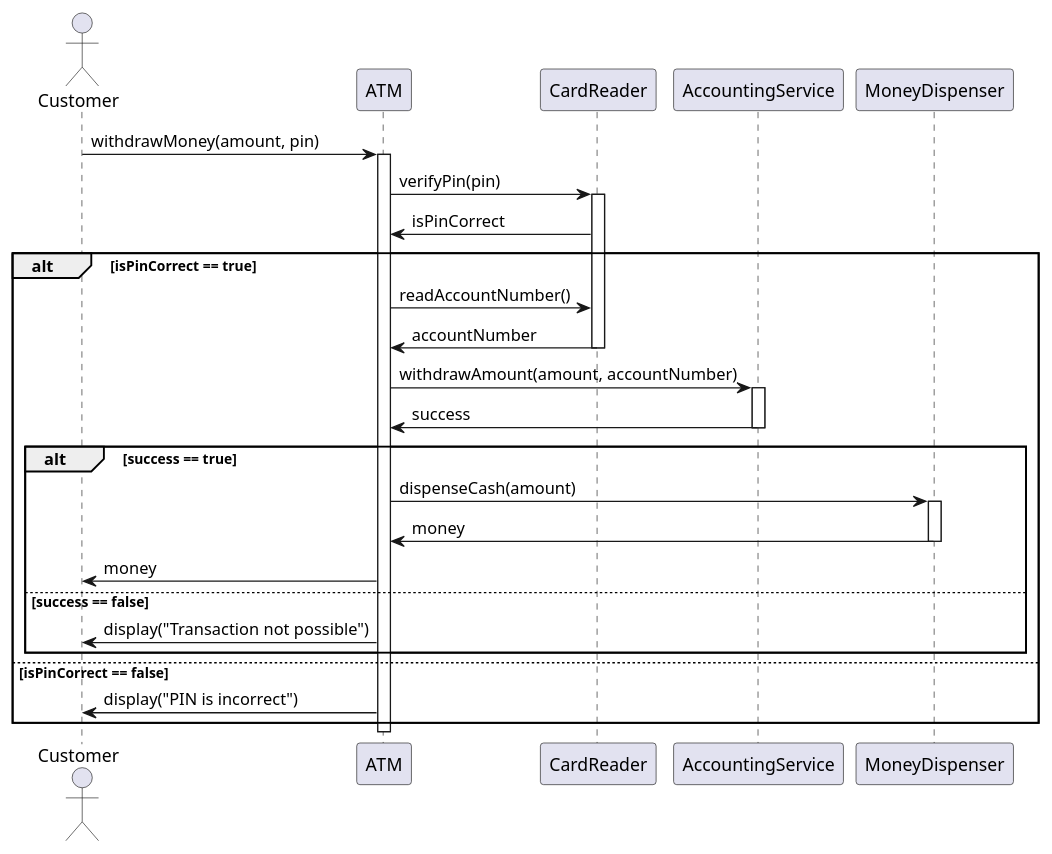
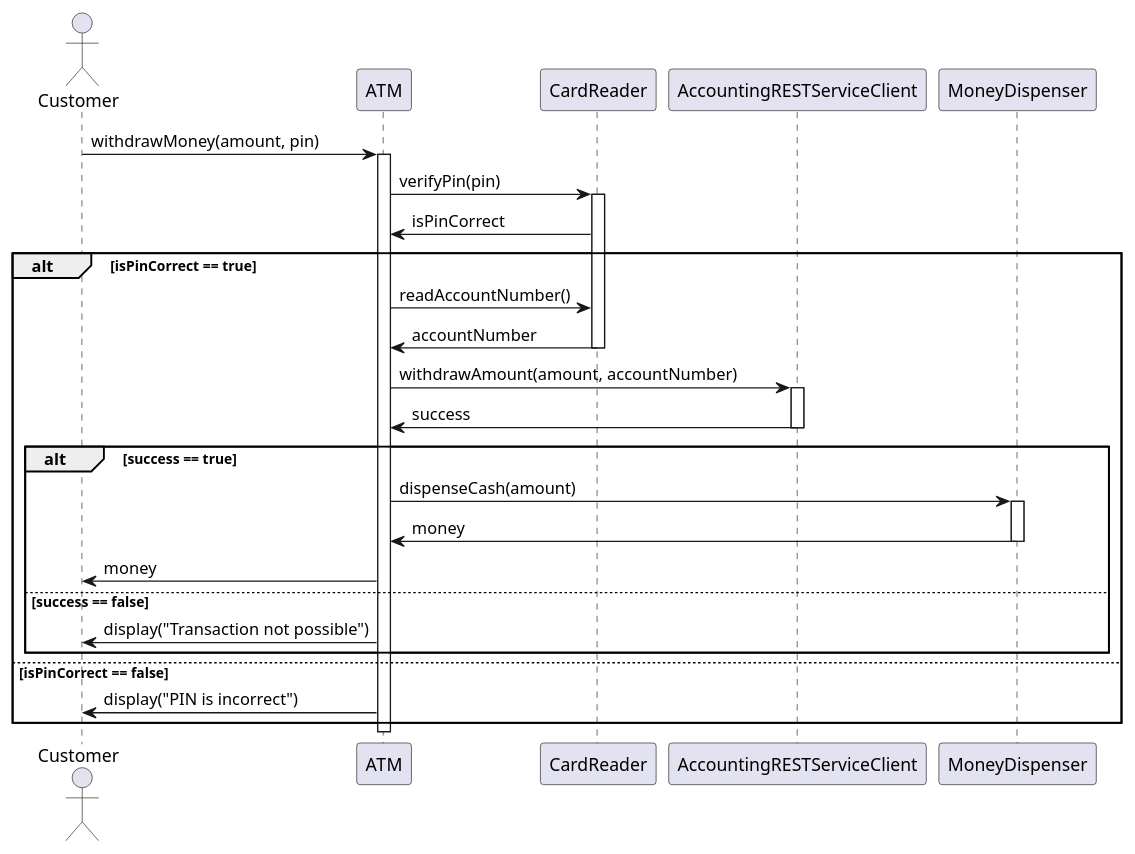
One commit to doubleSlashde/oo-design-und-testabdeckung changed the diagram in src/UML/atm-sequence.plantuml. Above: the diagram before and after it, drawn with PlantUML. The commit also changed 1 other file, not shown here.

Commit message:
Umbenennung AccountingService => AccountingRESTServiceClient gemäß Implementierung.

```diff
--- a/src/UML/atm-sequence.plantuml
+++ b/src/UML/atm-sequence.plantuml
@@ -1,50 +1,50 @@
 @startuml
 
 Actor Customer
 
 Customer -> ATM : withdrawMoney(amount, pin)
 activate ATM
 
 
 ATM -> CardReader : verifyPin(pin)
 activate CardReader
 
 CardReader -> ATM : isPinCorrect
 
 alt isPinCorrect == true
 
 ATM -> CardReader : readAccountNumber()
 CardReader -> ATM : accountNumber
 
 deactivate CardReader
 
-ATM -> AccountingService : withdrawAmount(amount, accountNumber)
-activate AccountingService
+ATM -> AccountingRESTServiceClient : withdrawAmount(amount, accountNumber)
+activate AccountingRESTServiceClient
 
-AccountingService -> ATM : success
-deactivate AccountingService
+AccountingRESTServiceClient -> ATM : success
+deactivate AccountingRESTServiceClient
 
 alt success == true
 
 ATM -> MoneyDispenser : dispenseCash(amount)
 activate MoneyDispenser
 
 MoneyDispenser -> ATM : money
 deactivate MoneyDispenser
 
 ATM -> Customer : money
 
 else success == false
 
 ATM -> Customer : display("Transaction not possible")
 
 end
 
 else isPinCorrect == false
 
 ATM -> Customer : display("PIN is incorrect")
 
 end
 
 deactivate ATM
 @enduml
```
